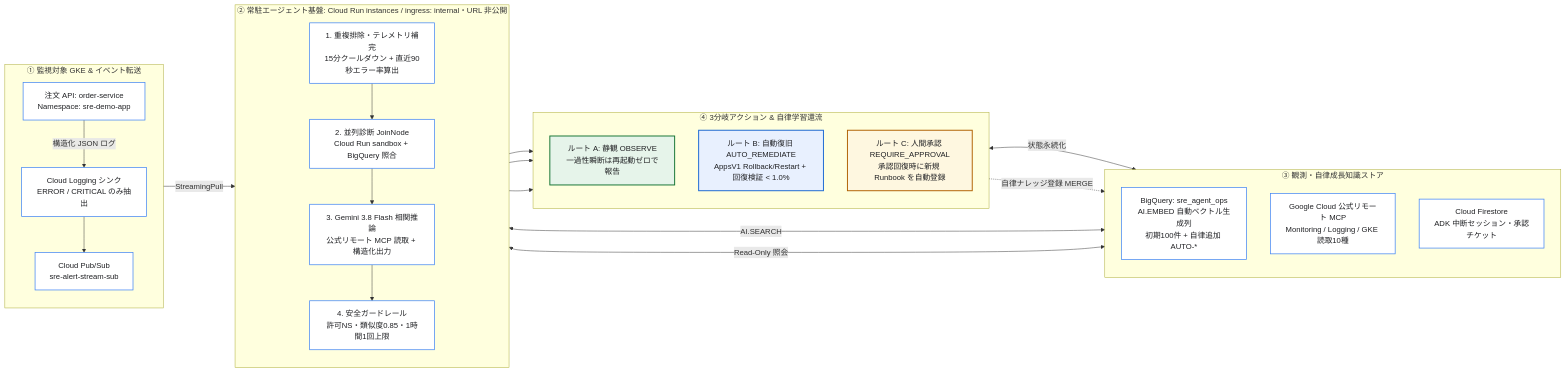
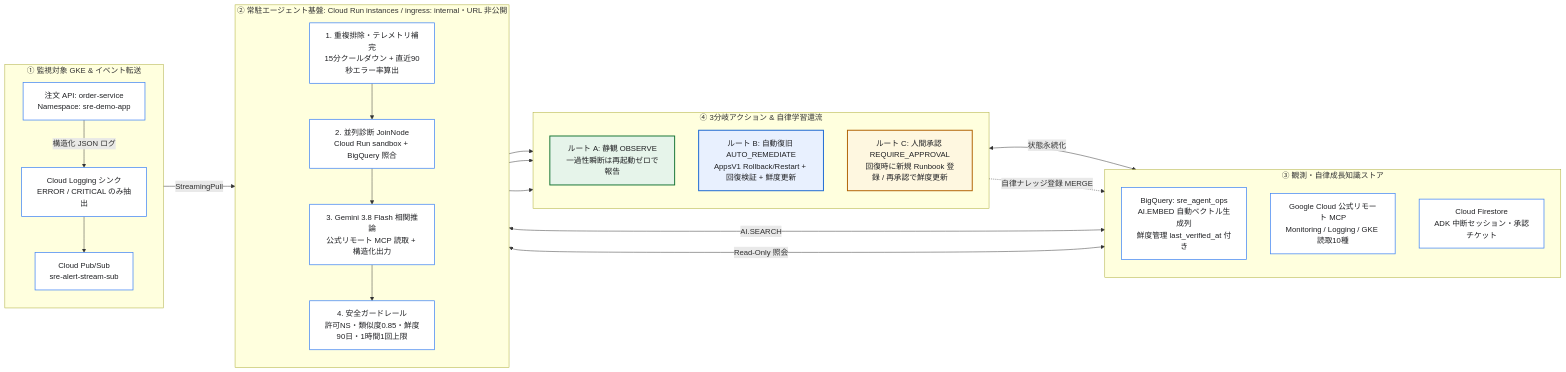
The diagram in README.md (tyorikan/agentic-sre-handson), drawn with Mermaid before and after one commit. The commit also changed other lines of this file and 35 other files, not shown here.

````diff
--- a/README.md
+++ b/README.md
@@ -16,49 +16,49 @@
 ```mermaid
 flowchart LR
     subgraph S1["① 監視対象 GKE & イベント転送"]
         direction TB
         OrderApp["注文 API: order-service<br/>Namespace: sre-demo-app"]
         LogSink["Cloud Logging シンク<br/>ERROR / CRITICAL のみ抽出"]
         PubSub["Cloud Pub/Sub<br/>sre-alert-stream-sub"]
         OrderApp -->|"構造化 JSON ログ"| LogSink --> PubSub
     end
 
     subgraph S2["② 常駐エージェント基盤: Cloud Run instances / ingress: internal・URL 非公開"]
         direction TB
         Dedup["1. 重複排除・テレメトリ補完<br/>15分クールダウン + 直近90秒エラー率算出"]
         Diag["2. 並列診断 JoinNode<br/>Cloud Run sandbox + BigQuery 照合"]
         Decide["3. Gemini 3.8 Flash 相関推論<br/>公式リモート MCP 読取 + 構造化出力"]
-        Guard["4. 安全ガードレール<br/>許可NS・類似度0.85・1時間1回上限"]
+        Guard["4. 安全ガードレール<br/>許可NS・類似度0.85・鮮度90日・1時間1回上限"]
         Dedup --> Diag --> Decide --> Guard
     end
 
     subgraph S3["③ 観測・自律成長知識ストア"]
         direction TB
-        BQ["BigQuery: sre_agent_ops<br/>AI.EMBED 自動ベクトル生成列<br/>初期100件 + 自律追加 AUTO-*"]
+        BQ["BigQuery: sre_agent_ops<br/>AI.EMBED 自動ベクトル生成列<br/>鮮度管理 last_verified_at 付き"]
         MCP["Google Cloud 公式リモート MCP<br/>Monitoring / Logging / GKE 読取10種"]
         FS["Cloud Firestore<br/>ADK 中断セッション・承認チケット"]
     end
 
     subgraph S4["④ 3分岐アクション & 自律学習還流"]
         direction TB
         R1["ルート A: 静観 OBSERVE<br/>一過性瞬断は再起動ゼロで報告"]
-        R2["ルート B: 自動復旧 AUTO_REMEDIATE<br/>AppsV1 Rollback/Restart + 回復検証 < 1.0%"]
-        R3["ルート C: 人間承認 REQUIRE_APPROVAL<br/>承認回復時に新規 Runbook を自動登録"]
+        R2["ルート B: 自動復旧 AUTO_REMEDIATE<br/>AppsV1 Rollback/Restart + 回復検証 + 鮮度更新"]
+        R3["ルート C: 人間承認 REQUIRE_APPROVAL<br/>回復時に新規 Runbook 登録 / 再承認で鮮度更新"]
     end
 
     PubSub -->|"StreamingPull"| Dedup
     Diag <-->|"AI.SEARCH"| BQ
     Decide <-->|"Read-Only 照会"| MCP
     Guard --> R1 & R2 & R3
     R3 <-->|"状態永続化"| FS
     R3 -.->|"自律ナレッジ登録 MERGE"| BQ
 
     classDef surface fill:#ffffff,stroke:#4285F4,stroke-width:1.5px,color:#202124;
     classDef routeA fill:#e6f4ea,stroke:#137333,stroke-width:2px,color:#202124;
     classDef routeB fill:#e8f0fe,stroke:#1967d2,stroke-width:2px,color:#202124;
     classDef routeC fill:#fef7e0,stroke:#b06000,stroke-width:2px,color:#202124;
     class OrderApp,LogSink,PubSub,Dedup,Diag,Decide,Guard,MCP,BQ,FS surface;
     class R1 routeA;
     class R2 routeB;
     class R3 routeC;
 ```
````
